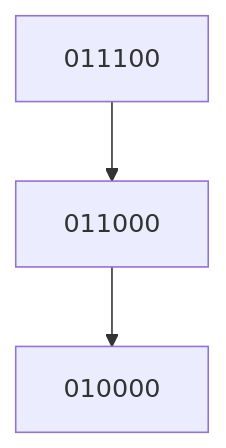
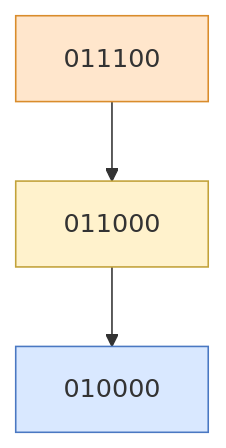
One commit to sciganec/subit-atlas changed the sixth of 8 diagrams in whitepaper/Whitepaper‑Figures.mmd. Above: the diagram before and after it, drawn with Mermaid. The commit also changed other lines of this file, not shown here.

````diff
--- a/whitepaper/Whitepaper‑Figures.mmd
+++ b/whitepaper/Whitepaper‑Figures.mmd
@@ -109,4 +174,8 @@
 ```mermaid
 graph TD
     T1["011100"] --> T2["011000"] --> T3["010000"]
+
+    style T1 fill:#ffe6cc,stroke:#d98c2c
+    style T2 fill:#fff2cc,stroke:#c2a23a
+    style T3 fill:#d9e8ff,stroke:#4a78c2
 ```
````
